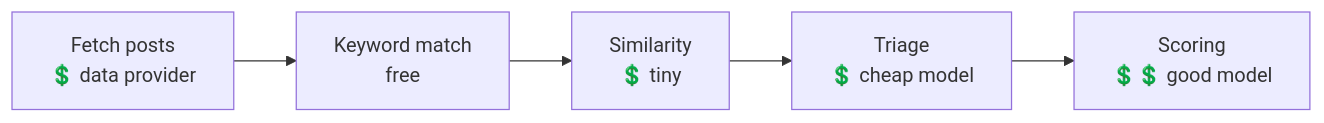
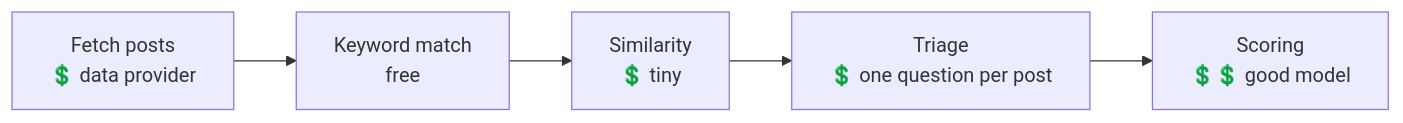
Before and after one commit to rszhd/signalscout: the diagram in site/self-hosting/costs.md, drawn with Mermaid. The commit also changed 7 other files, not shown here.

First line of the commit message:
Say a triage model must be cheap and reliable, or off (US-342)

````diff
--- a/site/self-hosting/costs.md
+++ b/site/self-hosting/costs.md
@@ -14,7 +14,7 @@
 ```mermaid
 flowchart LR
   fetch["Fetch posts<br/>💲 data provider"] --> kw["Keyword match<br/>free"]
   kw --> sim["Similarity<br/>💲 tiny"]
-  sim --> tri["Triage<br/>💲 cheap model"]
+  sim --> tri["Triage<br/>💲 one question per post"]
   tri --> score["Scoring<br/>💲💲 good model"]
 ```
````
